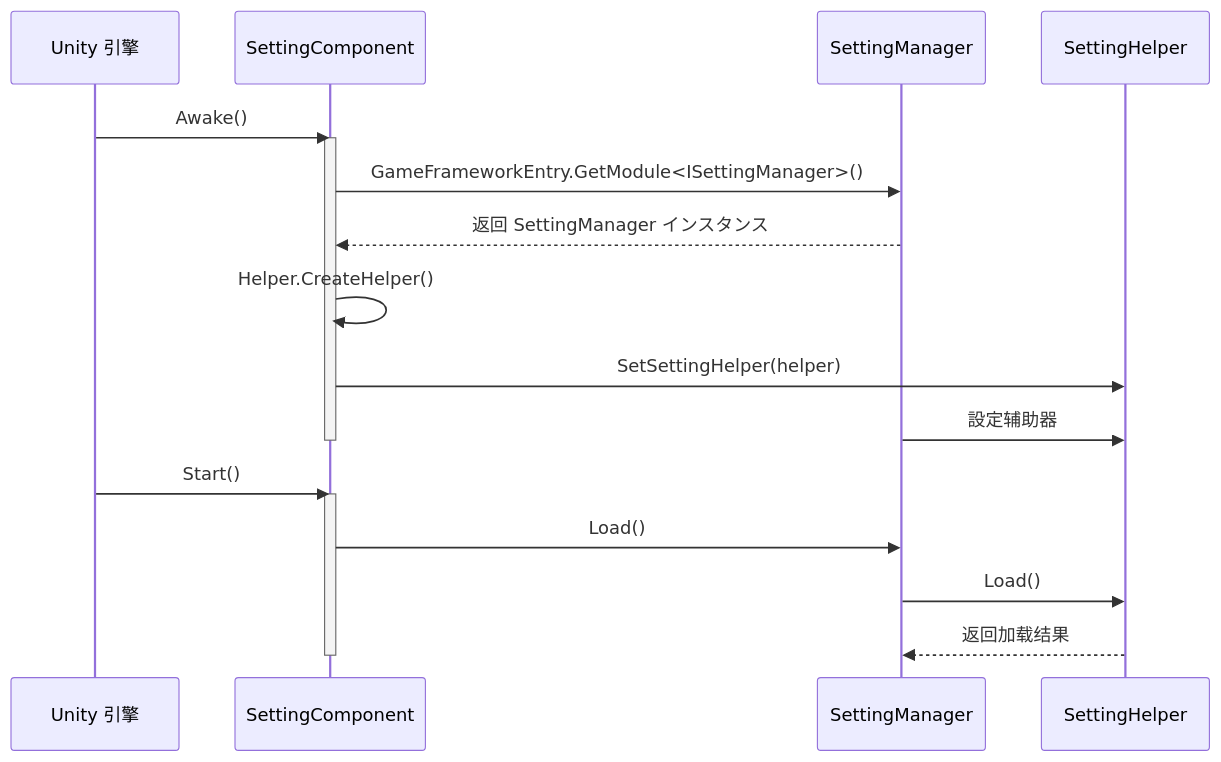
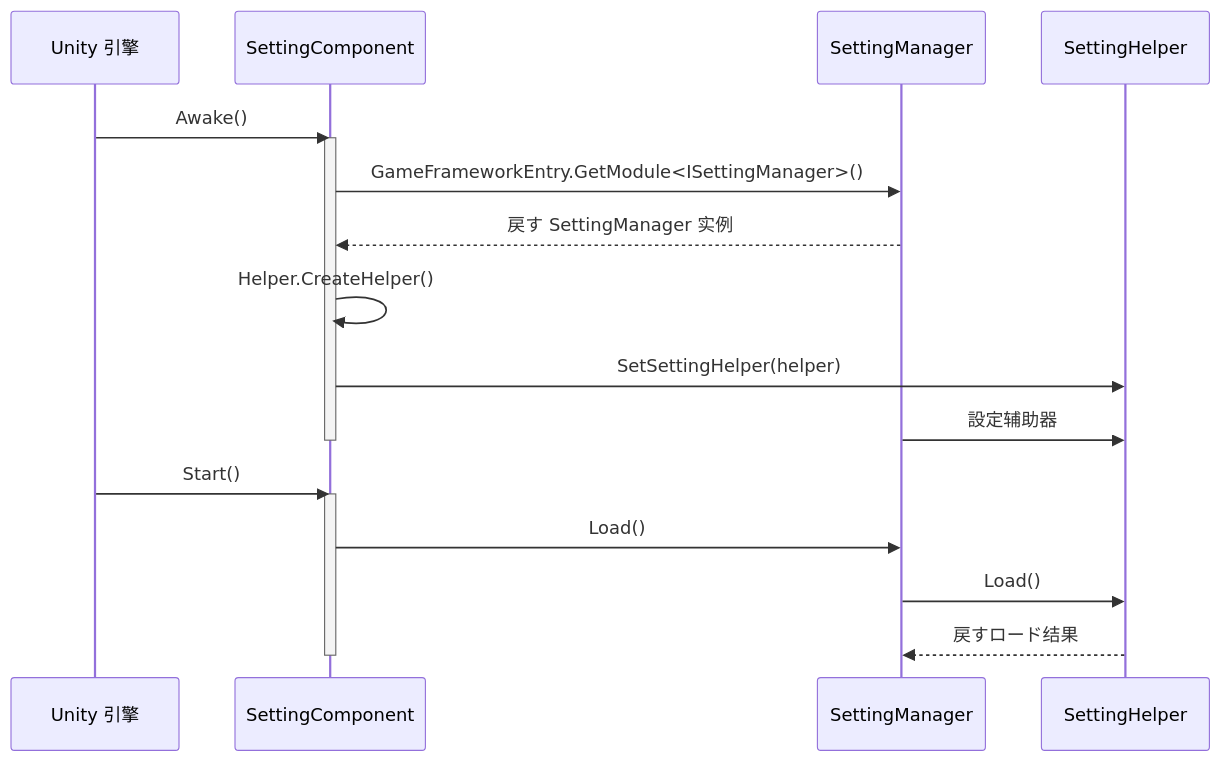
Before and after one commit to AlianBlank/GameFrameX.Docs: the second of 2 diagrams in docs/ja/client/unity/component/setting/04.features.md, drawn with Mermaid. The commit also changed other lines of this file and 320 other files, not shown here.

````diff
--- a/docs/ja/client/unity/component/setting/04.features.md
+++ b/docs/ja/client/unity/component/setting/04.features.md
@@ -207,23 +207,23 @@
 ```mermaid
 sequenceDiagram
     participant Unity as Unity 引擎
     participant SC as SettingComponent
     participant SM as SettingManager
     participant SH as SettingHelper
 
     Unity->>SC: Awake()
     activate SC
     SC->>SM: GameFrameworkEntry.GetModule<ISettingManager>()
-    SM-->>SC: 返回 SettingManager インスタンス
+    SM-->>SC: 戻す SettingManager 实例
     SC->>SC: Helper.CreateHelper()
     SC->>SH: SetSettingHelper(helper)
     SM->>SH: 設定辅助器
     deactivate SC
     
     Unity->>SC: Start()
     activate SC
     SC->>SM: Load()
     SM->>SH: Load()
-    SH-->>SM: 返回加载结果
+    SH-->>SM: 戻すロード结果
     deactivate SC
 ```
````
